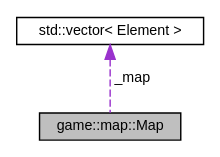
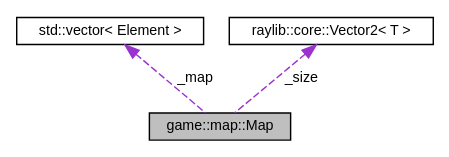
Before and after one commit to MisterPeModder/Bomberman-Global-Offensive: the diagram in classgame_1_1map_1_1_map__coll__graph.dot, drawn with Graphviz. The commit also changed 225 other files, not shown here.

```diff
--- a/classgame_1_1map_1_1_map__coll__graph.dot
+++ b/classgame_1_1map_1_1_map__coll__graph.dot
@@ -1,9 +1,11 @@
 digraph "game::map::Map"
 {
  // LATEX_PDF_SIZE
   edge [fontname="Helvetica",fontsize="10",labelfontname="Helvetica",labelfontsize="10"];
   node [fontname="Helvetica",fontsize="10",shape=record];
   Node1 [label="game::map::Map",height=0.2,width=0.4,color="black", fillcolor="grey75", style="filled", fontcolor="black",tooltip="Bomberman Map."];
   Node2 -> Node1 [dir="back",color="darkorchid3",fontsize="10",style="dashed",label=" _map" ,fontname="Helvetica"];
   Node2 [label="std::vector\< Element \>",height=0.2,width=0.4,color="black", fillcolor="white", style="filled",URL="/home/runner/work/Bomberman-Global-Offensive/Bomberman-Global-Offensive/doc/external/cppreference-doxygen-web.tag.xml$cpp/container/vector.html",tooltip=" "];
+  Node3 -> Node1 [dir="back",color="darkorchid3",fontsize="10",style="dashed",label=" _size" ,fontname="Helvetica"];
+  Node3 [label="raylib::core::Vector2\< T \>",height=0.2,width=0.4,color="black", fillcolor="white", style="filled",URL="$structraylib_1_1core_1_1_vector2.html",tooltip="The Vector2 struct (compatible with the raylib Vector2)"];
 }
```
